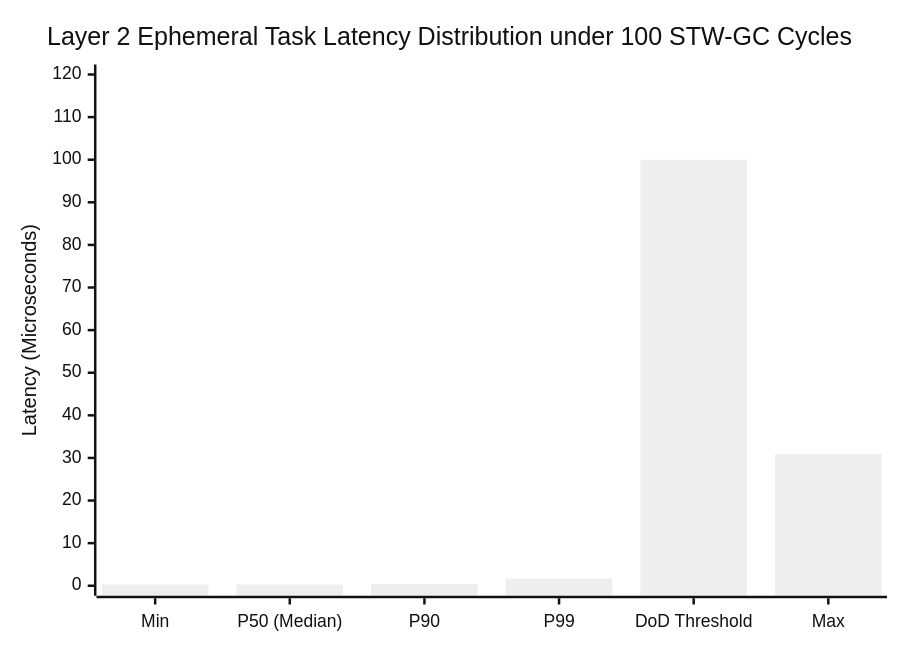
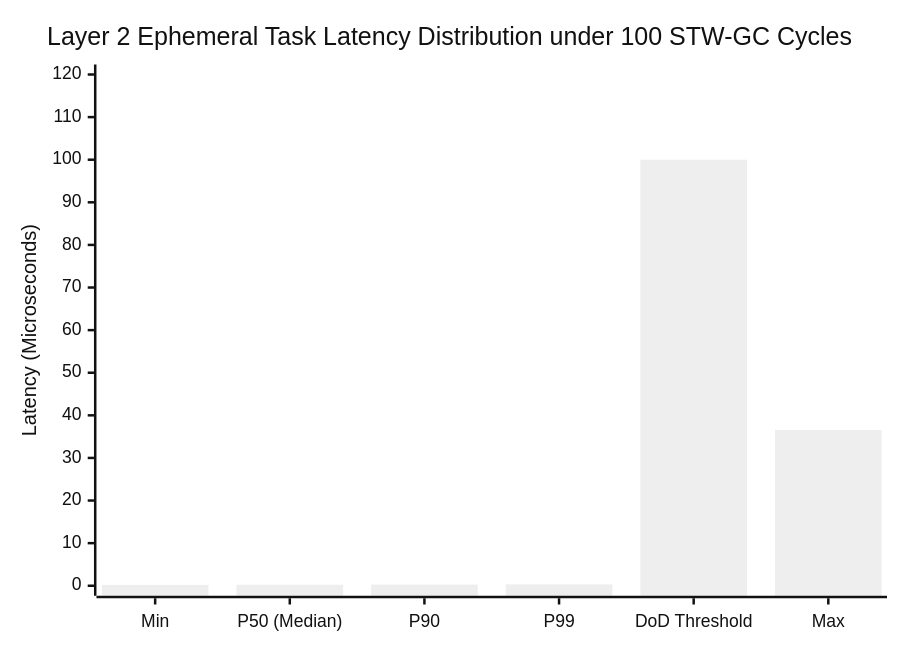
Before and after one commit to rokujyouhitoma/arxiv-security-papers: the second of 2 diagrams in docs/benchmarks/concurrency_evaluation.md, drawn with Mermaid (neutral theme). The commit also changed other lines of this file, not shown here.

````diff
--- a/docs/benchmarks/concurrency_evaluation.md
+++ b/docs/benchmarks/concurrency_evaluation.md
@@ -125,7 +125,7 @@
 ```mermaid
 xychart-beta
     title "Layer 2 Ephemeral Task Latency Distribution under 100 STW-GC Cycles"
     x-axis ["Min", "P50 (Median)", "P90", "P99", "DoD Threshold", "Max"]
     y-axis "Latency (Microseconds)" 0 --> 120
-    bar [0.28, 0.30, 0.43, 1.64, 100.0, 30.9]
+    bar [0.21, 0.24, 0.27, 0.33, 100.0, 36.59]
 ```
````
